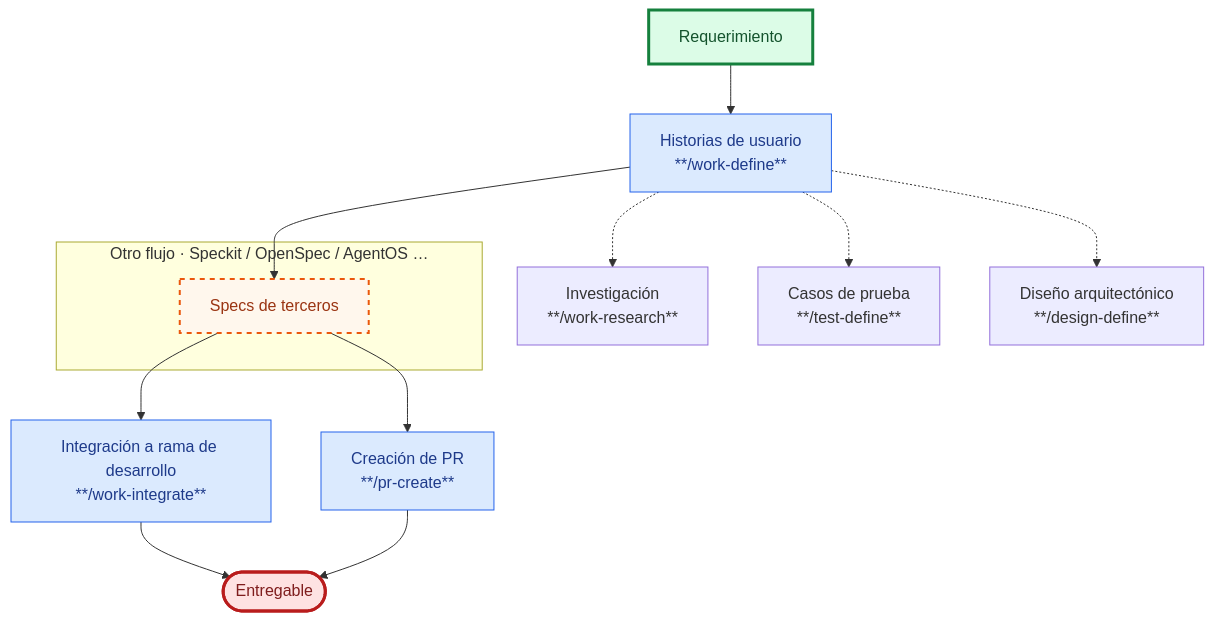
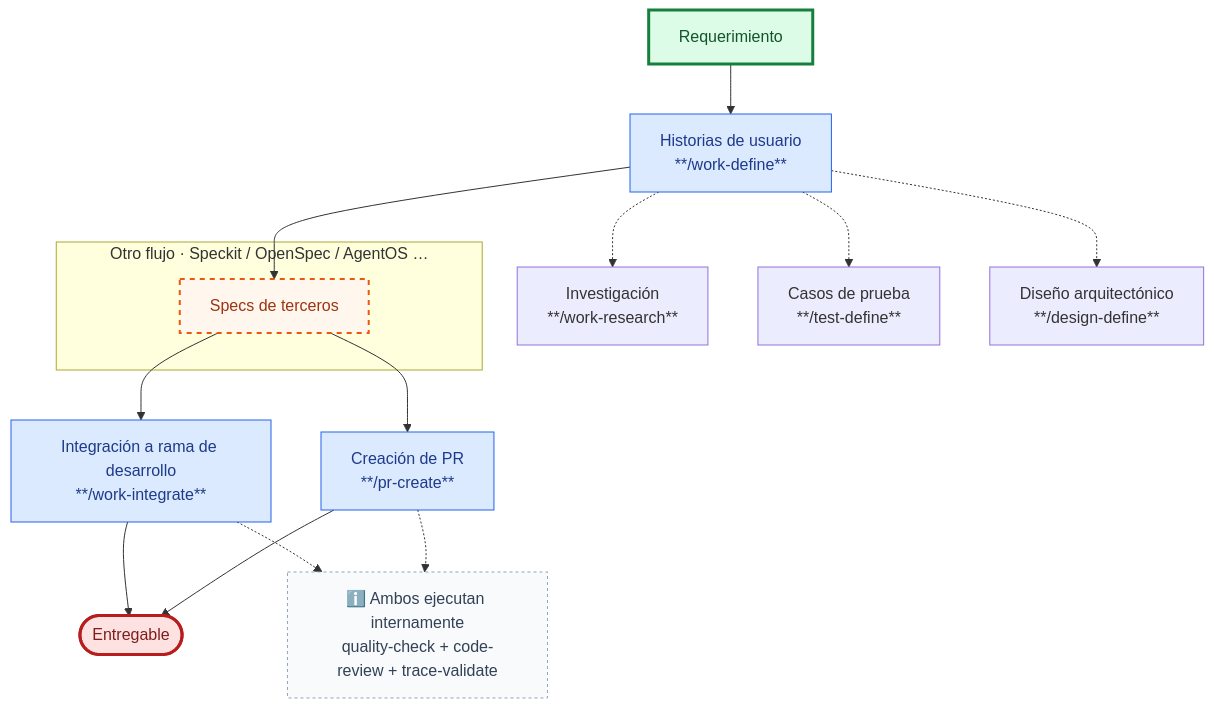
One commit to juanca202/ai changed the third of 3 diagrams in README.md. Above: the diagram before and after it, drawn with Mermaid. The commit also changed other lines of this file and 4 other files, not shown here.

First line of the commit message:
docs(use-cases): collapse quality gates into a pr-create note in flow diagrams

````diff
--- a/README.md
+++ b/README.md
@@ -159,24 +165,29 @@
 ```mermaid
 flowchart TD
     A[Requerimiento] --> B["Historias de usuario<br/>**/work-define**"]
     B -.-> R["Investigación<br/>**/work-research**"]
     B -.-> C["Casos de prueba<br/>**/test-define**"]
     B -.-> D["Diseño arquitectónico<br/>**/design-define**"]
     subgraph NESTED["Otro flujo · Speckit / OpenSpec / AgentOS …"]
         S["Specs de terceros"]
     end
     B --> S
     S --> H["Integración a rama de desarrollo<br/>**/work-integrate**"]
     S --> I["Creación de PR<br/>**/pr-create**"]
     H --> J(["Entregable"])
     I --> J
+    NOTE["ℹ️ Ambos ejecutan internamente<br/>quality-check + code-review + trace-validate"]
+    H -.-> NOTE
+    I -.-> NOTE
 
     classDef main fill:#dbeafe,stroke:#2563eb,color:#1e3a8a
     classDef nestedFlow fill:#fff7ed,stroke:#ea580c,stroke-width:2px,stroke-dasharray:5 5,color:#9a3412
     classDef entryPoint fill:#dcfce7,stroke:#15803d,stroke-width:3px,color:#14532d
     classDef exitPoint fill:#fee2e2,stroke:#b91c1c,stroke-width:3px,color:#7f1d1d
+    classDef note fill:#f8fafc,stroke:#94a3b8,stroke-width:1px,stroke-dasharray:3 3,color:#334155
     class B,H,I main
     class S nestedFlow
     class A entryPoint
     class J exitPoint
+    class NOTE note
 ```
````
